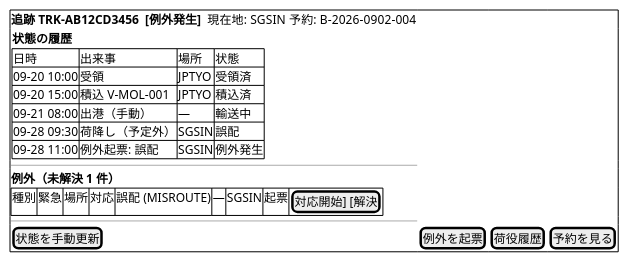
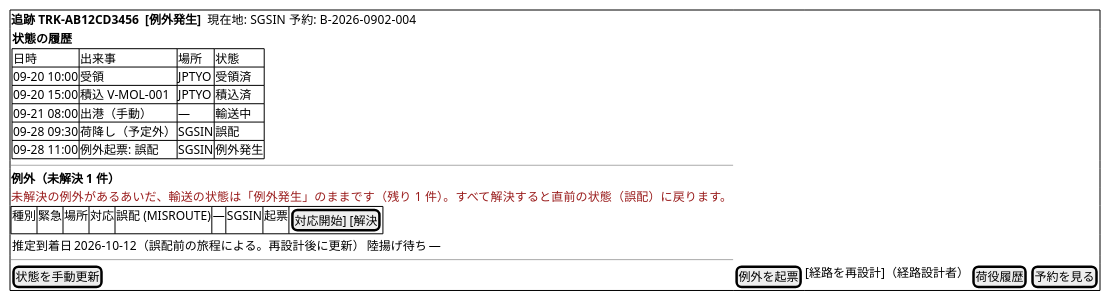
Before and after one commit to k2works/case-study-cargo-tracker: diagram 13 of 20 in docs/design/cargo-tracker/ui_design.md, drawn with PlantUML. The commit also changed other lines of this file and 18 other files, not shown here.

````diff
--- a/docs/design/cargo-tracker/ui_design.md
+++ b/docs/design/cargo-tracker/ui_design.md
@@ -460,26 +630,28 @@
 ```plantuml
 @startsalt
 {+
   <b>追跡 TRK-AB12CD3456  <b>[例外発生]</b>  現在地: SGSIN  予約: B-2026-0902-004
   {
     <b>状態の履歴
     {#
       日時 | 出来事 | 場所 | 状態
       09-20 10:00 | 受領 | JPTYO | 受領済
       09-20 15:00 | 積込 V-MOL-001 | JPTYO | 積込済
       09-21 08:00 | 出港（手動） | — | 輸送中
       09-28 09:30 | 荷降し（予定外） | SGSIN | 誤配
       09-28 11:00 | 例外起票: 誤配 | SGSIN | 例外発生
     }
   }
   ---
   <b>例外（未解決 1 件）
+  <color:#991B1B>未解決の例外があるあいだ、輸送の状態は「例外発生」のままです（残り 1 件）。すべて解決すると直前の状態（誤配）に戻ります。</color>
   {#
-    種別 | 緊急 | 場所 | 対応 | 
+    種別 | 緊急 | 場所 | 対応 |
     誤配 (MISROUTE) | — | SGSIN | 起票 | [対応開始] [解決]
   }
+  { 推定到着日 | 2026-10-12（誤配前の旅程による。再設計後に更新） | 陸揚げ待ち | — }
   ---
-  [状態を手動更新] | [例外を起票] | [荷役履歴] | [予約を見る]
+  [状態を手動更新] | [例外を起票] | [経路を再設計]（経路設計者） | [荷役履歴] | [予約を見る]
 }
 @endsalt
 ```
````
